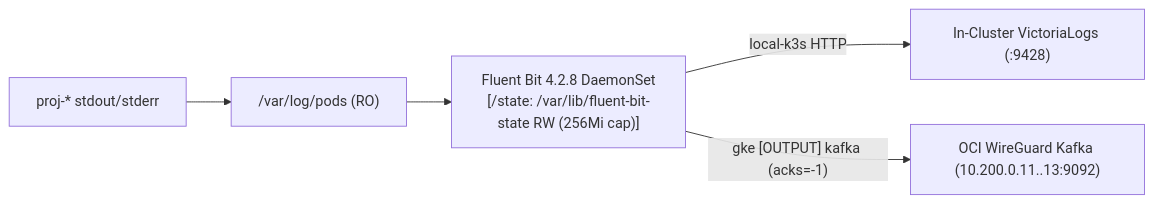
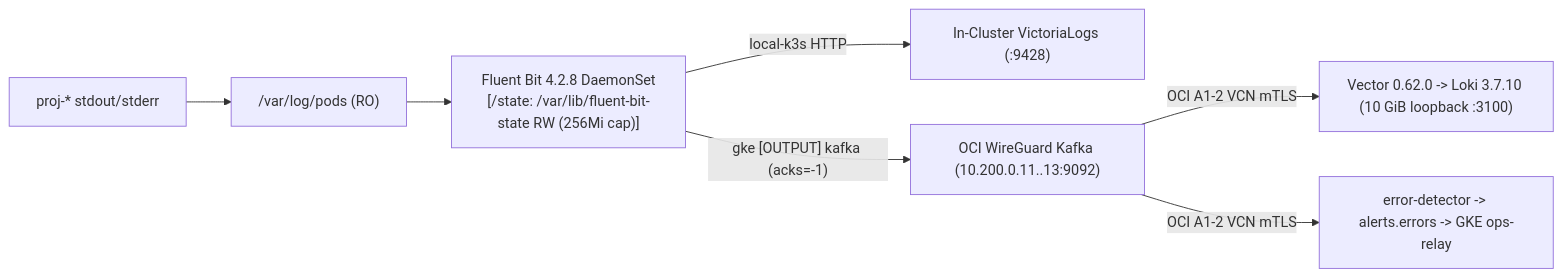
One commit to nacfson/nacfson_pipeline changed the third of 4 diagrams in ARCHITECTURE.md. Above: the diagram before and after it, drawn with Mermaid. The commit also changed other lines of this file and 53 other files, not shown here.

````diff
--- a/ARCHITECTURE.md
+++ b/ARCHITECTURE.md
@@ -176,7 +179,9 @@
 ```mermaid
 flowchart LR
     Stdout["proj-* stdout/stderr"] --> PodsDir["/var/log/pods (RO)"]
     PodsDir --> FB["Fluent Bit 4.2.8 DaemonSet<br/>[/state: /var/lib/fluent-bit-state RW (256Mi cap)]"]
     FB -->|"local-k3s HTTP"| VL["In-Cluster VictoriaLogs (:9428)"]
     FB -->|"gke [OUTPUT] kafka (acks=-1)"| Kafka["OCI WireGuard Kafka (10.200.0.11..13:9092)"]
+    Kafka -->|"OCI A1-2 VCN mTLS"| Vector["Vector 0.62.0 -> Loki 3.7.10 (10 GiB loopback :3100)"]
+    Kafka -->|"OCI A1-2 VCN mTLS"| Det["error-detector -> alerts.errors -> GKE ops-relay"]
 ```
````
